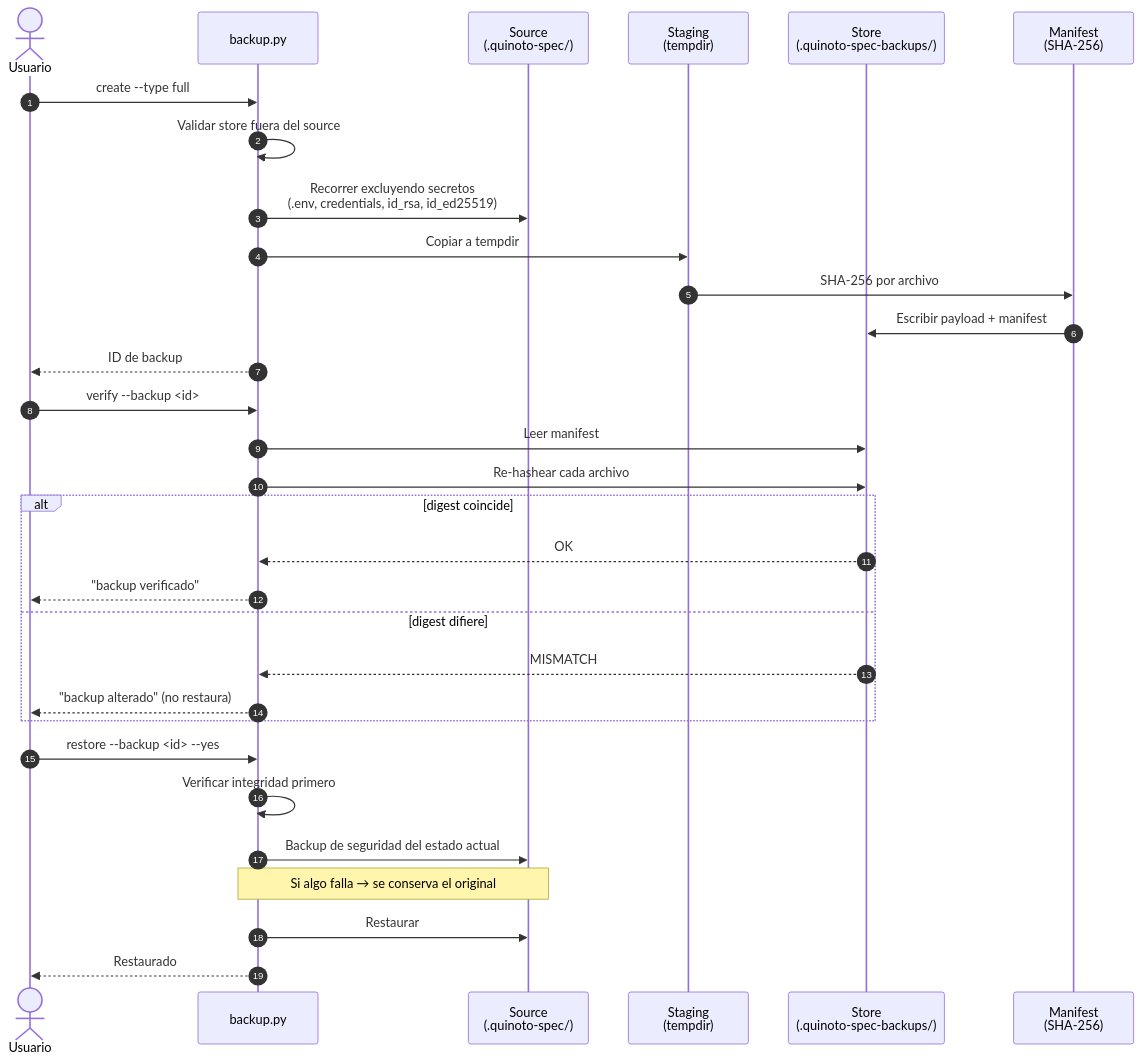
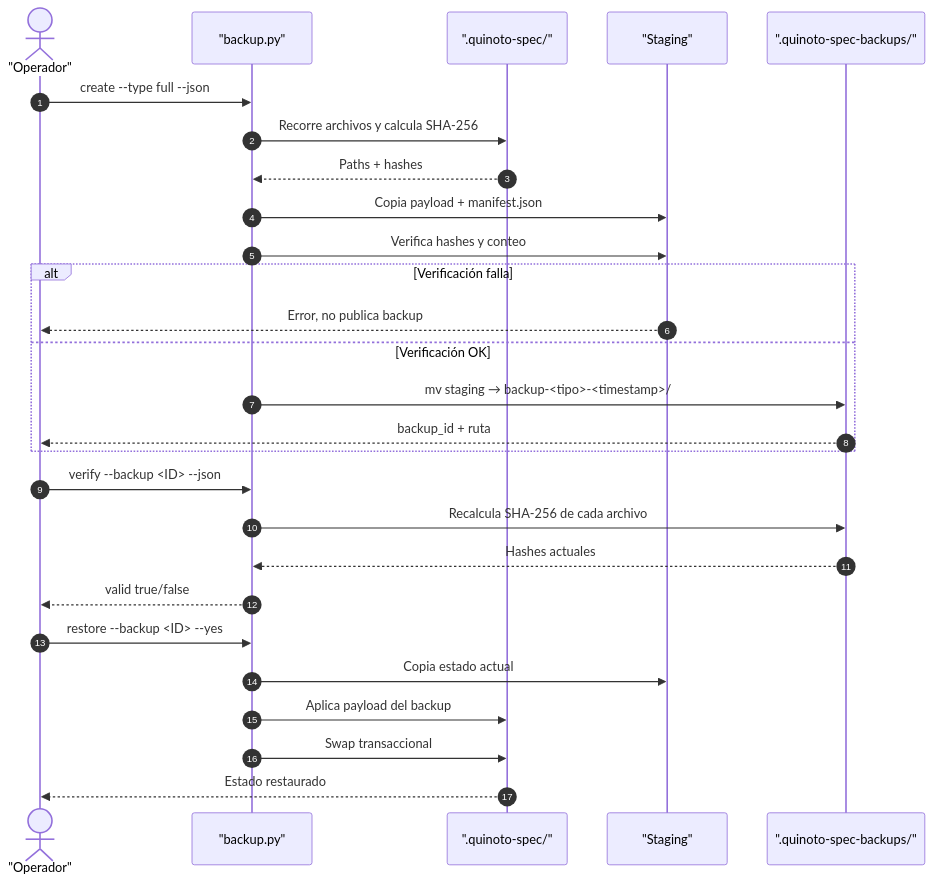
The second of 2 diagrams in .quinoto-spec/discovery/05-data-and-services.md (Quinoto-Tech/QuinotoSpec), drawn with Mermaid before and after one commit. The commit also changed other lines of this file and 8 other files, not shown here.

First line of the commit message:
docs(discovery): refrescar los 8 archivos de contexto del paquete

````diff
--- a/.quinoto-spec/discovery/05-data-and-services.md
+++ b/.quinoto-spec/discovery/05-data-and-services.md
@@ -149,36 +311,32 @@
 ```mermaid
 sequenceDiagram
     autonumber
-    actor U as Usuario
-    participant C as backup.py
-    participant S as Source<br/>(.quinoto-spec/)
-    participant T as Staging<br/>(tempdir)
-    participant ST as Store<br/>(.quinoto-spec-backups/)
-    participant M as Manifest<br/>(SHA-256)
+    actor Dev as "Operador"
+    participant Backup as "backup.py"
+    participant Source as ".quinoto-spec/"
+    participant Stage as "Staging"
+    participant Store as ".quinoto-spec-backups/"
 
-    U->>C: create --type full
-    C->>C: Validar store fuera del source
-    C->>S: Recorrer excluyendo secretos<br/>(.env, credentials, id_rsa, id_ed25519)
-    C->>T: Copiar a tempdir
-    T->>M: SHA-256 por archivo
-    M->>ST: Escribir payload + manifest
-    C-->>U: ID de backup
-
-    U->>C: verify --backup <id>
-    C->>ST: Leer manifest
-    C->>ST: Re-hashear cada archivo
-    alt digest coincide
-        ST-->>C: OK
-        C-->>U: "backup verificado"
-    else digest difiere
-        ST-->>C: MISMATCH
-        C-->>U: "backup alterado" (no restaura)
+    Dev->>Backup: create --type full --json
+    Backup->>Source: Recorre archivos y calcula SHA-256
+    Source-->>Backup: Paths + hashes
+    Backup->>Stage: Copia payload + manifest.json
+    Backup->>Stage: Verifica hashes y conteo
+    alt Verificación falla
+        Stage-->>Dev: Error, no publica backup
+    else Verificación OK
+        Backup->>Store: mv staging → backup-<tipo>-<timestamp>/
+        Store-->>Dev: backup_id + ruta
     end
 
-    U->>C: restore --backup <id> --yes
-    C->>C: Verificar integridad primero
-    C->>S: Backup de seguridad del estado actual
-    Note over C,S: Si algo falla → se conserva el original
-    C->>S: Restaurar
-    C-->>U: Restaurado
+    Dev->>Backup: verify --backup <ID> --json
+    Backup->>Store: Recalcula SHA-256 de cada archivo
+    Store-->>Backup: Hashes actuales
+    Backup-->>Dev: valid true/false
+
+    Dev->>Backup: restore --backup <ID> --yes
+    Backup->>Stage: Copia estado actual
+    Backup->>Source: Aplica payload del backup
+    Backup->>Source: Swap transaccional
+    Source-->>Dev: Estado restaurado
 ```
````
